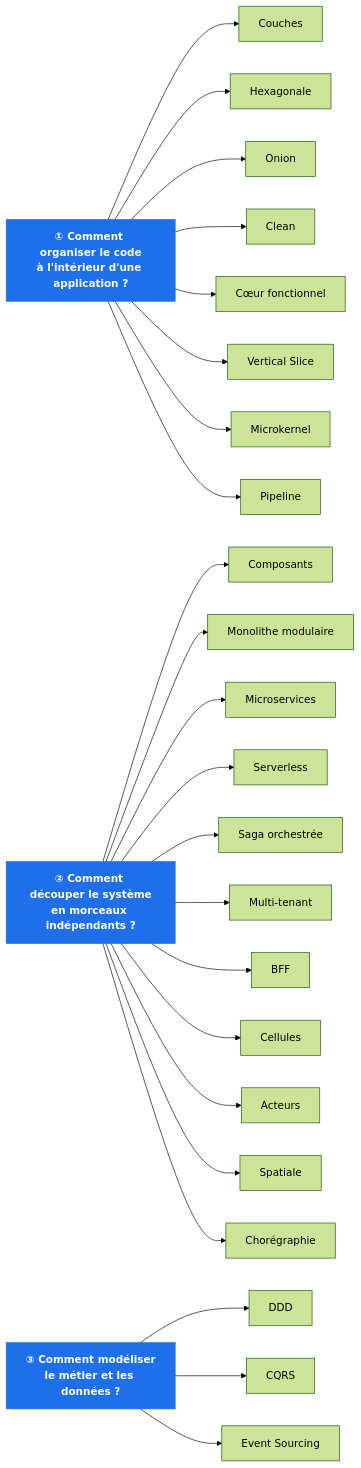
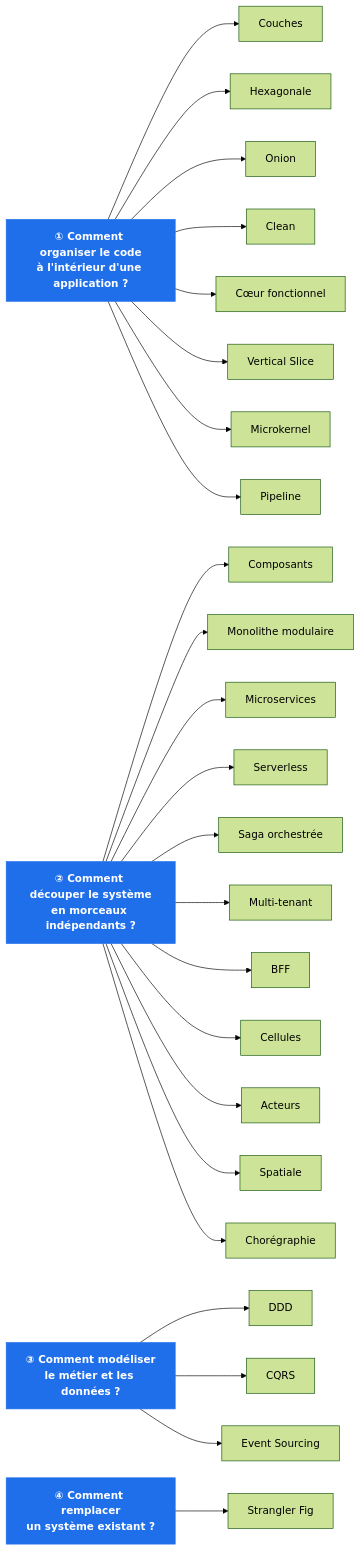
The first of 4 diagrams in Docs/README.md (drangoht/ArchitecturesDemo), drawn with Mermaid (forest theme) before and after one commit. The commit also changed other lines of this file and 34 other files, not shown here.

First line of the commit message:
Ajoute la démo Strangler Fig (migration progressive)

````diff
--- a/Docs/README.md
+++ b/Docs/README.md
@@ -48,34 +50,37 @@
 ```mermaid
 flowchart LR
     Q1["<b>① Comment organiser le code<br/>à l'intérieur d'une application ?</b>"]
     Q2["<b>② Comment découper le système<br/>en morceaux indépendants ?</b>"]
     Q3["<b>③ Comment modéliser<br/>le métier et les données ?</b>"]
+    Q4["<b>④ Comment remplacer<br/>un système existant ?</b>"]
 
     Q1 --> C0["Couches"]
     Q1 --> C1["Hexagonale"]
     Q1 --> C2["Onion"]
     Q1 --> C3["Clean"]
     Q1 --> C4["Cœur fonctionnel"]
     Q1 --> C5["Vertical Slice"]
     Q1 --> C13["Microkernel"]
     Q1 --> C20["Pipeline"]
 
     Q2 --> D6["Composants"]
     Q2 --> D7["Monolithe modulaire"]
     Q2 --> D8["Microservices"]
     Q2 --> D12["Serverless"]
     Q2 --> D14["Saga orchestrée"]
     Q2 --> D15["Multi-tenant"]
     Q2 --> D16["BFF"]
     Q2 --> D17["Cellules"]
     Q2 --> D18["Acteurs"]
     Q2 --> D19["Spatiale"]
     Q2 --> D21["Chorégraphie"]
 
     Q3 --> M11["DDD"]
     Q3 --> M9["CQRS"]
     Q3 --> M10["Event Sourcing"]
 
+    Q4 --> S22["Strangler Fig"]
+
     classDef q fill:#1f6feb,color:#fff,stroke:#1f6feb
-    class Q1,Q2,Q3 q
+    class Q1,Q2,Q3,Q4 q
 ```
````
